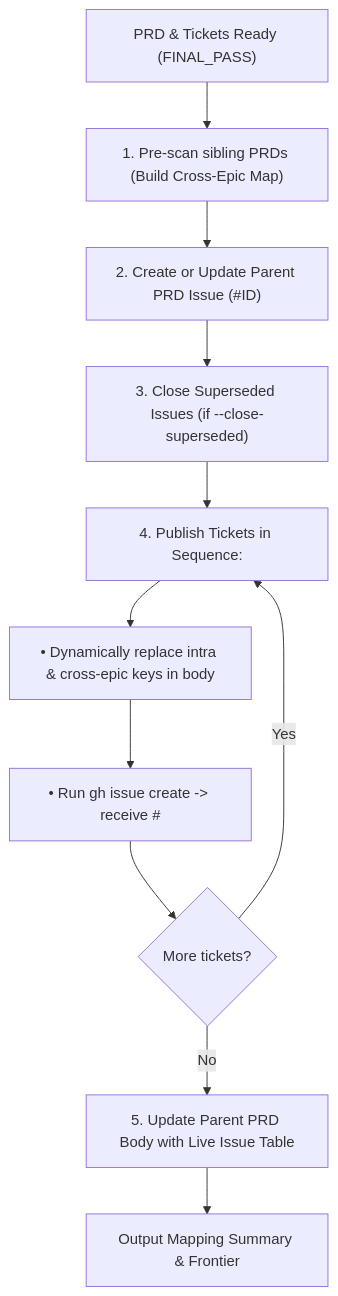
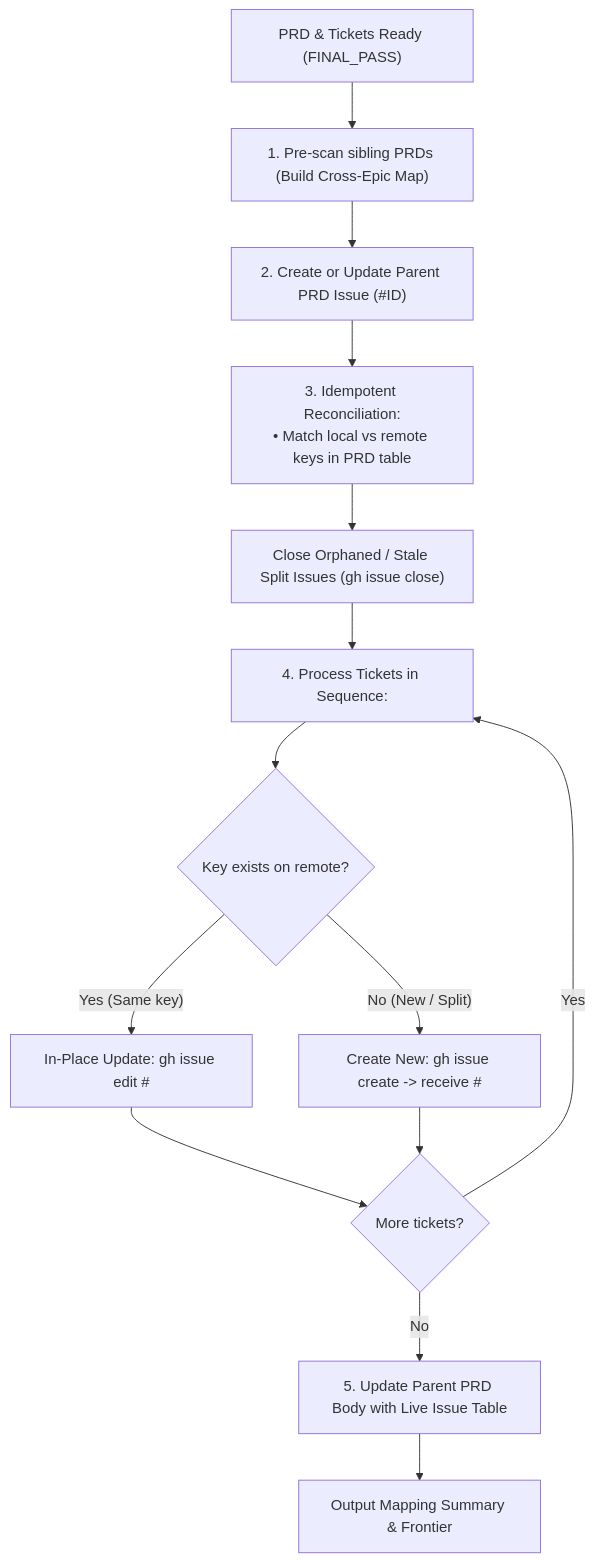
The diagram in productivity/gitpublish-prd-and-tickets/SKILL.md (loerei/myskills), drawn with Mermaid before and after one commit. The commit also changed other lines of this file and 1 other file, not shown here.

Commit message:
feat(productivity): add idempotent reconciliation and taxonomy auto-labels to gitpublish-prd-and-tickets

````diff
--- a/productivity/gitpublish-prd-and-tickets/SKILL.md
+++ b/productivity/gitpublish-prd-and-tickets/SKILL.md
@@ -22,13 +27,16 @@
 ```mermaid
 flowchart TD
     Start["PRD & Tickets Ready (FINAL_PASS)"] --> PreScan["1. Pre-scan sibling PRDs (Build Cross-Epic Map)"]
     PreScan --> Parent["2. Create or Update Parent PRD Issue (#ID)"]
-    Parent --> CloseLegacy["3. Close Superseded Issues (if --close-superseded)"]
-    CloseLegacy --> Loop["4. Publish Tickets in Sequence:"]
-    Loop --> Rewrite["• Dynamically replace intra & cross-epic keys in body"]
-    Rewrite --> GhCreate["• Run gh issue create -> receive #<ticket_id>"]
-    GhCreate --> NextTicket{"More tickets?"}
+    Parent --> Reconcile["3. Idempotent Reconciliation:<br/>• Match local vs remote keys in PRD table"]
+    Reconcile --> CloseOrphan["Close Orphaned / Stale Split Issues (gh issue close)"]
+    CloseOrphan --> Loop["4. Process Tickets in Sequence:"]
+    Loop --> CheckMatch{"Key exists on remote?"}
+    CheckMatch -->|"Yes (Same key)"| InPlaceEdit["In-Place Update: gh issue edit #<existing_id>"]
+    CheckMatch -->|"No (New / Split)"| CreateNew["Create New: gh issue create -> receive #<new_id>"]
+    InPlaceEdit --> NextTicket{"More tickets?"}
+    CreateNew --> NextTicket
     NextTicket -->|"Yes"| Loop
     NextTicket -->|"No"| UpdatePRD["5. Update Parent PRD Body with Live Issue Table"]
     UpdatePRD --> Done["Output Mapping Summary & Frontier"]
 ```
````
